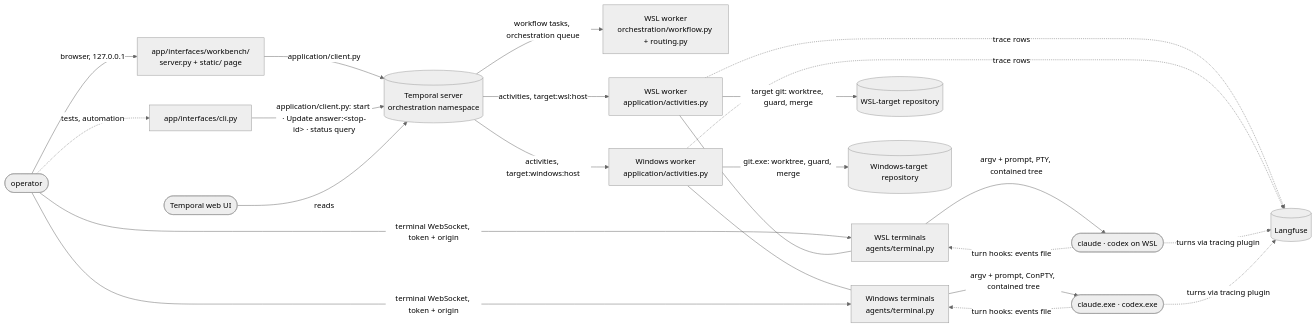
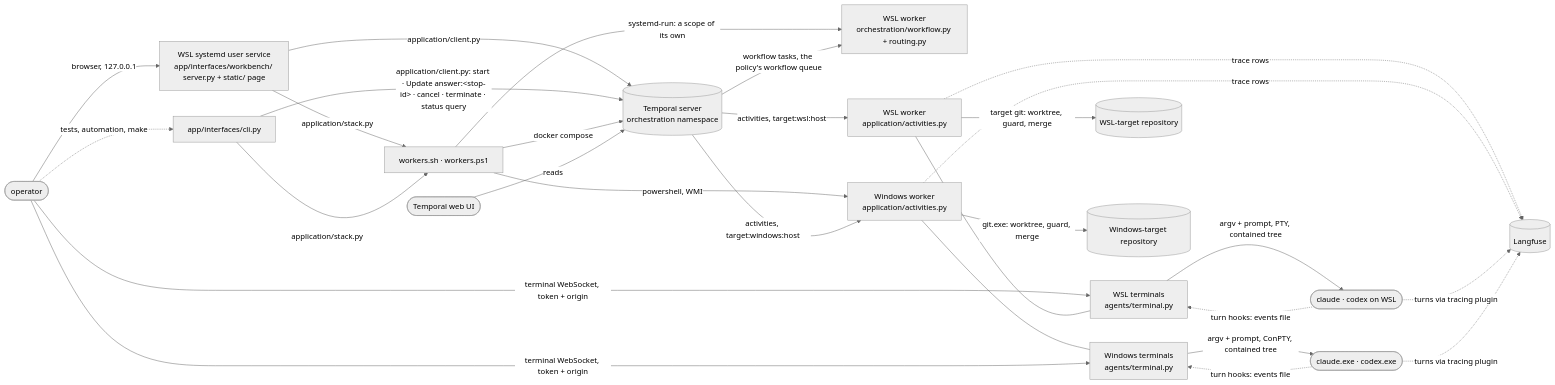
Before and after one commit to 6r0m/orchestra: the diagram in docs/architecture/diagrams/processes.md, drawn with Mermaid (neutral theme). The commit also changed other lines of this file and 66 other files, not shown here.

````diff
--- a/docs/architecture/diagrams/processes.md
+++ b/docs/architecture/diagrams/processes.md
@@ -7,25 +7,30 @@
 ```mermaid
 graph LR
-    operator([operator]) -- "browser, 127.0.0.1" --> workbench[app/interfaces/workbench/<br/>server.py + static/ page]
-    operator -. "tests, automation" .-> cli[app/interfaces/cli.py]
+    operator([operator]) -- "browser, 127.0.0.1" --> workbench[WSL systemd user service<br/>app/interfaces/workbench/ server.py + static/ page]
+    operator -. "tests, automation, make" .-> cli[app/interfaces/cli.py]
     workbench -- "application/client.py" --> temporal[(Temporal server<br/>orchestration namespace)]
-    cli -- "application/client.py: start · Update answer:&lt;stop-id&gt; · status query" --> temporal
+    cli -- "application/client.py: start · Update answer:&lt;stop-id&gt; · cancel · terminate · status query" --> temporal
+    workbench -- "application/stack.py" --> scripts[workers.sh · workers.ps1]
+    cli -- "application/stack.py" --> scripts
+    scripts -- "docker compose" --> temporal
+    scripts -- "systemd-run: a scope of its own" --> wslworker
+    scripts -- "powershell, WMI" --> winhost
     operator -- "terminal WebSocket, token + origin" --> wslterm
     ui([Temporal web UI]) -- reads --> temporal
-    temporal -- "workflow tasks, orchestration queue" --> wslworker[WSL worker<br/>orchestration/workflow.py + routing.py]
+    temporal -- "workflow tasks, the policy's workflow queue" --> wslworker[WSL worker<br/>orchestration/workflow.py + routing.py]
     temporal -- "activities, target:wsl:host" --> wslhost[WSL worker<br/>application/activities.py]
     temporal -- "activities, target:windows:host" --> winhost[Windows worker<br/>application/activities.py]
     wslhost --- wslterm[WSL terminals<br/>agents/terminal.py]
     winhost --- winterm[Windows terminals<br/>agents/terminal.py]
     operator -- "terminal WebSocket, token + origin" --> winterm
     wslterm -- "argv + prompt, PTY, contained tree" --> wslagents([claude · codex on WSL])
     winterm -- "argv + prompt, ConPTY, contained tree" --> winagents([claude.exe · codex.exe])
     wslagents -. "turn hooks: events file" .-> wslterm
     winagents -. "turn hooks: events file" .-> winterm
     wslhost -- "target git: worktree, guard, merge" --> wslrepo[(WSL-target repository)]
     winhost -- "git.exe: worktree, guard, merge" --> winrepo[(Windows-target repository)]
     wslhost -. "trace rows" .-> langfuse[(Langfuse)]
     winhost -. "trace rows" .-> langfuse
     wslagents -. "turns via tracing plugin" .-> langfuse
     winagents -. "turns via tracing plugin" .-> langfuse
 ```
````
